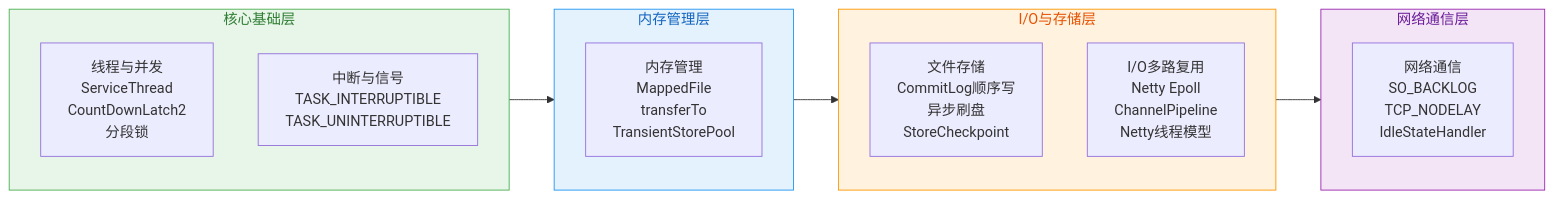
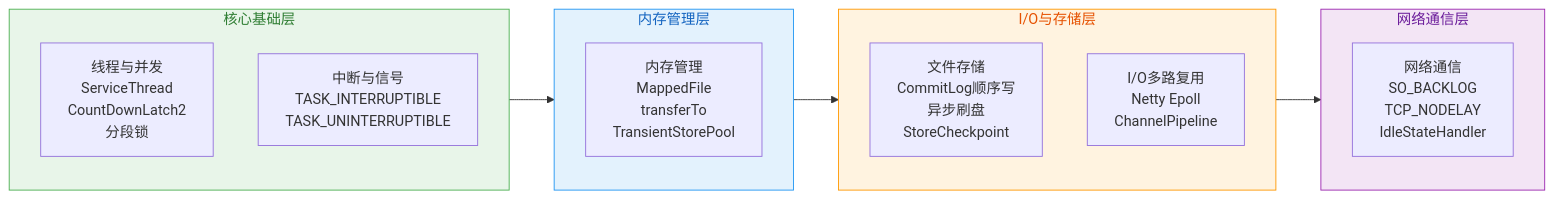
The second of 11 diagrams in docs2/00-总览.md (wilimm/rocketmq), drawn with Mermaid before and after one commit. The commit also changed other lines of this file and 15 other files, not shown here.

````diff
--- a/docs2/00-总览.md
+++ b/docs2/00-总览.md
@@ -94,29 +84,29 @@
 ```mermaid
 flowchart LR
     subgraph CoreLayer["核心基础层"]
         T1["线程与并发<br/>ServiceThread<br/>CountDownLatch2<br/>分段锁"]
         S1["中断与信号<br/>TASK_INTERRUPTIBLE<br/>TASK_UNINTERRUPTIBLE"]
     end
 
     subgraph MemoryLayer["内存管理层"]
         M1["内存管理<br/>MappedFile<br/>transferTo<br/>TransientStorePool"]
     end
 
     subgraph IOLayer["I/O与存储层"]
         F1["文件存储<br/>CommitLog顺序写<br/>异步刷盘<br/>StoreCheckpoint"]
-        I1["I/O多路复用<br/>Netty Epoll<br/>ChannelPipeline<br/>Netty线程模型"]
+        I1["I/O多路复用<br/>Netty Epoll<br/>ChannelPipeline"]
     end
 
     subgraph NetworkLayer["网络通信层"]
         N1["网络通信<br/>SO_BACKLOG<br/>TCP_NODELAY<br/>IdleStateHandler"]
     end
 
     CoreLayer --> MemoryLayer
     MemoryLayer --> IOLayer
     IOLayer --> NetworkLayer
 
     style CoreLayer fill:#E8F5E9,stroke:#4CAF50,color:#2E7D32
     style MemoryLayer fill:#E3F2FD,stroke:#2196F3,color:#1565C0
     style IOLayer fill:#FFF3E0,stroke:#FF9800,color:#E65100
     style NetworkLayer fill:#F3E5F5,stroke:#9C27B0,color:#6A1B9A
 ```
````
